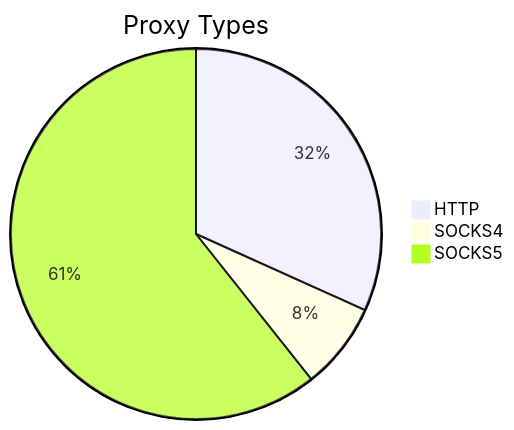
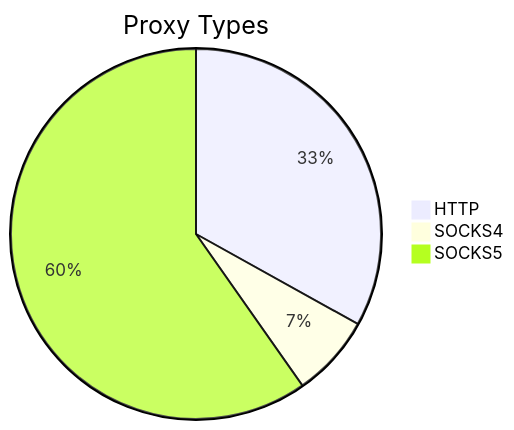
The first of 2 diagrams in README.md (stormsia/proxy-list), drawn with Mermaid before and after one commit. The commit also changed other lines of this file, not shown here.

````diff
--- a/README.md
+++ b/README.md
@@ -21,6 +21,6 @@
 ```mermaid
 pie title Proxy Types
-    "HTTP" : 159
-    "SOCKS4" : 38
-    "SOCKS5" : 304
+    "HTTP" : 129
+    "SOCKS4" : 28
+    "SOCKS5" : 233
 ```
````
